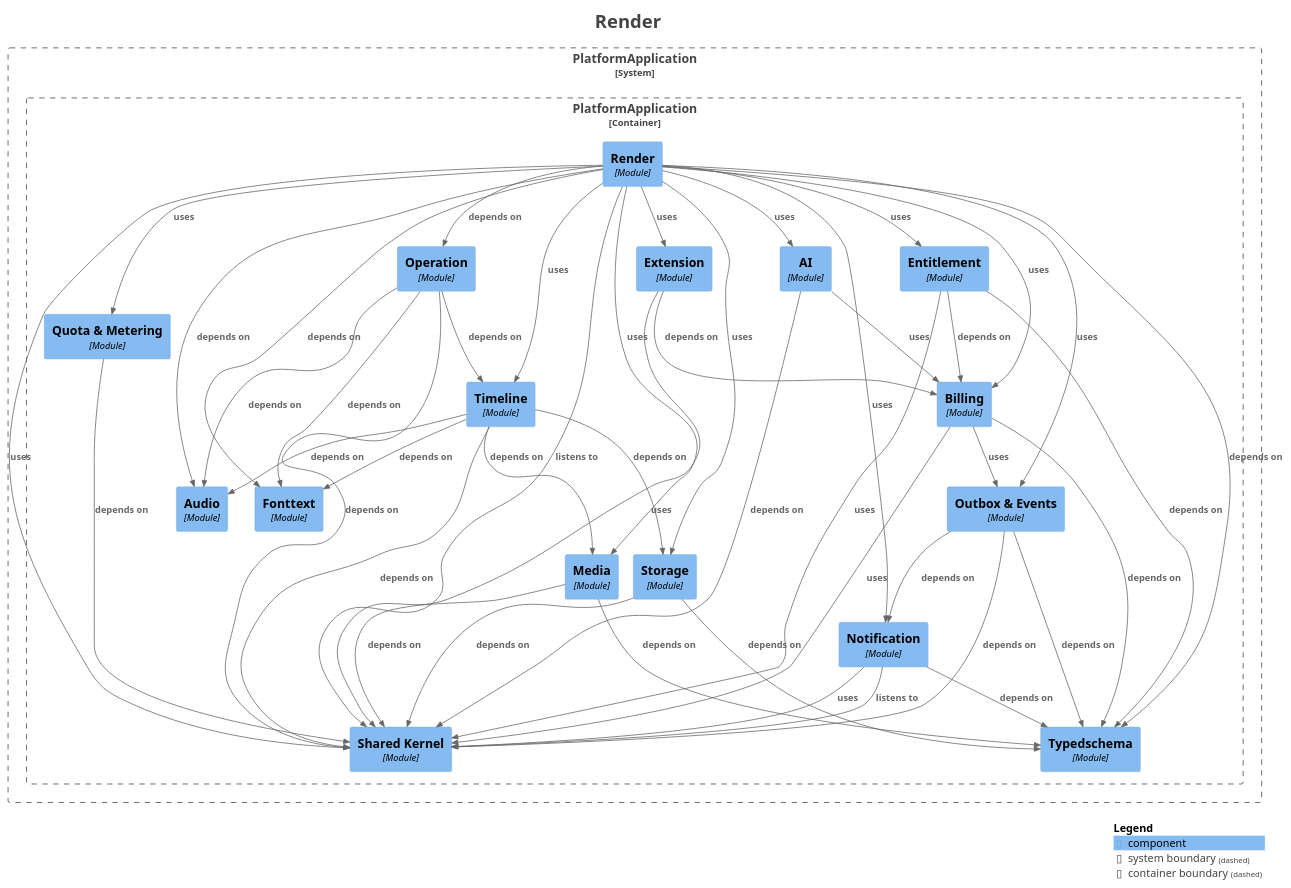
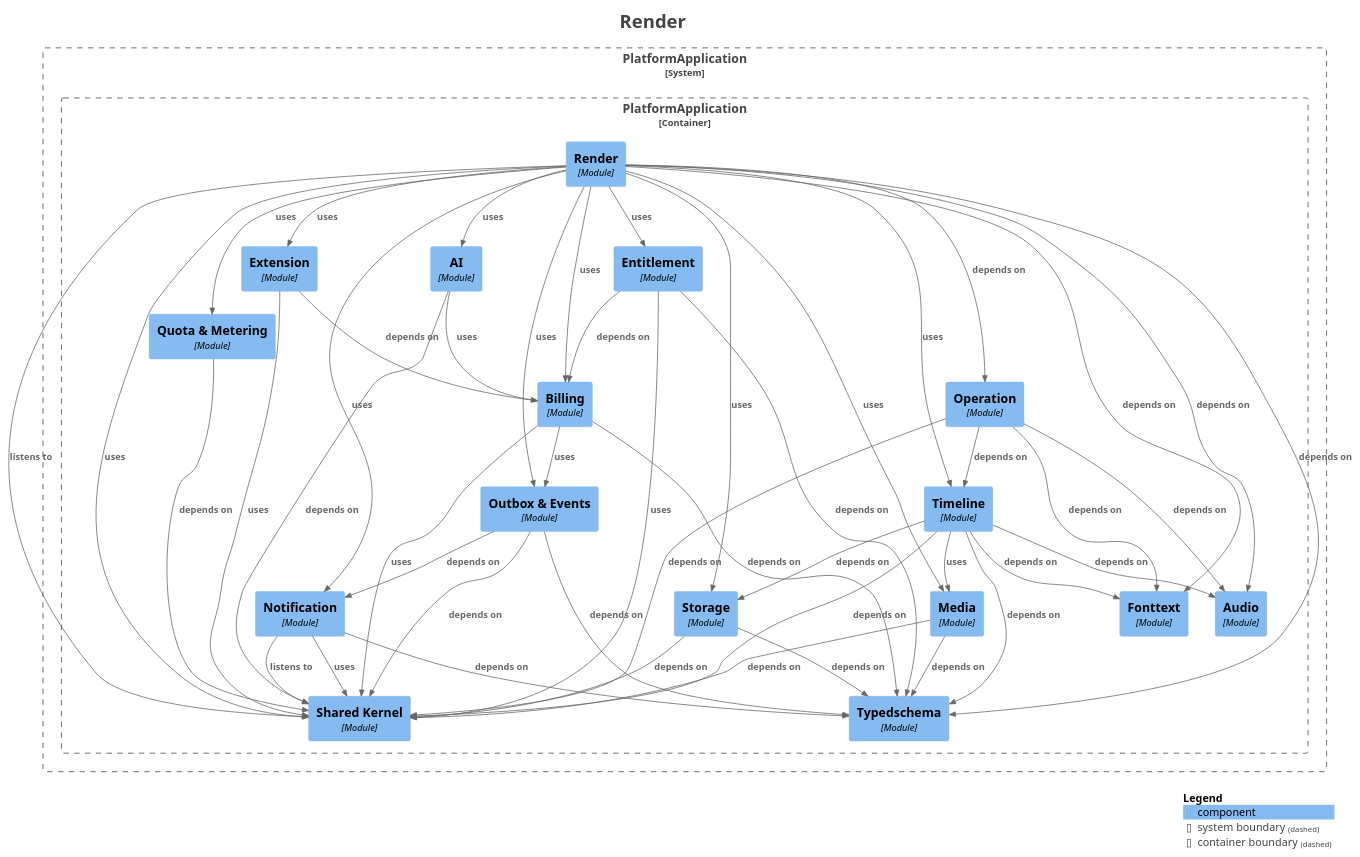
The diagram in platform-app/docs/architecture/maps/generated/modulith/module-render.puml (shangxq007/media-platform), drawn with PlantUML before and after one commit. The commit also changed 7 other files, not shown here.

First line of the commit message:
fix(gcr1-correction): composition root — scan timeline/operation packages

```diff
--- a/platform-app/docs/architecture/maps/generated/modulith/module-render.puml
+++ b/platform-app/docs/architecture/maps/generated/modulith/module-render.puml
@@ -1,89 +1,90 @@
 @startuml
 title <size:24>Render</size>
 
 set separator none
 top to bottom direction
 
 <style>
   root {
     BackgroundColor: #ffffff
     FontColor: #444444
   }
 </style>
 
 !include <C4/C4>
 !include <C4/C4_Context>
 !include <C4/C4_Component>
 
 System_Boundary("PlatformApplication_boundary", "PlatformApplication", $tags="") {
   Container_Boundary("PlatformApplication.PlatformApplication_boundary", "PlatformApplication", $tags="") {
     Component(PlatformApplication.PlatformApplication.Entitlement, "Entitlement", $techn="Module", $descr="", $tags="", $link="")
     Component(PlatformApplication.PlatformApplication.Extension, "Extension", $techn="Module", $descr="", $tags="", $link="")
     Component(PlatformApplication.PlatformApplication.Fonttext, "Fonttext", $techn="Module", $descr="", $tags="", $link="")
     Component(PlatformApplication.PlatformApplication.Media, "Media", $techn="Module", $descr="", $tags="", $link="")
     Component(PlatformApplication.PlatformApplication.Notification, "Notification", $techn="Module", $descr="", $tags="", $link="")
     Component(PlatformApplication.PlatformApplication.AI, "AI", $techn="Module", $descr="", $tags="", $link="")
     Component(PlatformApplication.PlatformApplication.Operation, "Operation", $techn="Module", $descr="", $tags="", $link="")
     Component(PlatformApplication.PlatformApplication.OutboxEvents, "Outbox & Events", $techn="Module", $descr="", $tags="", $link="")
     Component(PlatformApplication.PlatformApplication.QuotaMetering, "Quota & Metering", $techn="Module", $descr="", $tags="", $link="")
     Component(PlatformApplication.PlatformApplication.Render, "Render", $techn="Module", $descr="", $tags="", $link="")
     Component(PlatformApplication.PlatformApplication.SharedKernel, "Shared Kernel", $techn="Module", $descr="", $tags="", $link="")
     Component(PlatformApplication.PlatformApplication.Storage, "Storage", $techn="Module", $descr="", $tags="", $link="")
     Component(PlatformApplication.PlatformApplication.Timeline, "Timeline", $techn="Module", $descr="", $tags="", $link="")
     Component(PlatformApplication.PlatformApplication.Typedschema, "Typedschema", $techn="Module", $descr="", $tags="", $link="")
     Component(PlatformApplication.PlatformApplication.Audio, "Audio", $techn="Module", $descr="", $tags="", $link="")
     Component(PlatformApplication.PlatformApplication.Billing, "Billing", $techn="Module", $descr="", $tags="", $link="")
   }
 
 }
 
 Rel(PlatformApplication.PlatformApplication.AI, PlatformApplication.PlatformApplication.Billing, "uses", $techn="", $tags="", $link="")
 Rel(PlatformApplication.PlatformApplication.AI, PlatformApplication.PlatformApplication.SharedKernel, "depends on", $techn="", $tags="", $link="")
 Rel(PlatformApplication.PlatformApplication.Billing, PlatformApplication.PlatformApplication.OutboxEvents, "uses", $techn="", $tags="", $link="")
 Rel(PlatformApplication.PlatformApplication.Billing, PlatformApplication.PlatformApplication.SharedKernel, "uses", $techn="", $tags="", $link="")
 Rel(PlatformApplication.PlatformApplication.Billing, PlatformApplication.PlatformApplication.Typedschema, "depends on", $techn="", $tags="", $link="")
 Rel(PlatformApplication.PlatformApplication.Entitlement, PlatformApplication.PlatformApplication.Billing, "depends on", $techn="", $tags="", $link="")
 Rel(PlatformApplication.PlatformApplication.Entitlement, PlatformApplication.PlatformApplication.SharedKernel, "uses", $techn="", $tags="", $link="")
 Rel(PlatformApplication.PlatformApplication.Entitlement, PlatformApplication.PlatformApplication.Typedschema, "depends on", $techn="", $tags="", $link="")
 Rel(PlatformApplication.PlatformApplication.Extension, PlatformApplication.PlatformApplication.Billing, "depends on", $techn="", $tags="", $link="")
 Rel(PlatformApplication.PlatformApplication.Extension, PlatformApplication.PlatformApplication.SharedKernel, "uses", $techn="", $tags="", $link="")
 Rel(PlatformApplication.PlatformApplication.Media, PlatformApplication.PlatformApplication.SharedKernel, "depends on", $techn="", $tags="", $link="")
 Rel(PlatformApplication.PlatformApplication.Media, PlatformApplication.PlatformApplication.Typedschema, "depends on", $techn="", $tags="", $link="")
 Rel(PlatformApplication.PlatformApplication.Notification, PlatformApplication.PlatformApplication.SharedKernel, "listens to", $techn="", $tags="", $link="")
 Rel(PlatformApplication.PlatformApplication.Notification, PlatformApplication.PlatformApplication.SharedKernel, "uses", $techn="", $tags="", $link="")
 Rel(PlatformApplication.PlatformApplication.Notification, PlatformApplication.PlatformApplication.Typedschema, "depends on", $techn="", $tags="", $link="")
 Rel(PlatformApplication.PlatformApplication.Operation, PlatformApplication.PlatformApplication.Audio, "depends on", $techn="", $tags="", $link="")
 Rel(PlatformApplication.PlatformApplication.Operation, PlatformApplication.PlatformApplication.Fonttext, "depends on", $techn="", $tags="", $link="")
 Rel(PlatformApplication.PlatformApplication.Operation, PlatformApplication.PlatformApplication.SharedKernel, "depends on", $techn="", $tags="", $link="")
 Rel(PlatformApplication.PlatformApplication.Operation, PlatformApplication.PlatformApplication.Timeline, "depends on", $techn="", $tags="", $link="")
 Rel(PlatformApplication.PlatformApplication.OutboxEvents, PlatformApplication.PlatformApplication.Notification, "depends on", $techn="", $tags="", $link="")
 Rel(PlatformApplication.PlatformApplication.OutboxEvents, PlatformApplication.PlatformApplication.SharedKernel, "depends on", $techn="", $tags="", $link="")
 Rel(PlatformApplication.PlatformApplication.OutboxEvents, PlatformApplication.PlatformApplication.Typedschema, "depends on", $techn="", $tags="", $link="")
 Rel(PlatformApplication.PlatformApplication.QuotaMetering, PlatformApplication.PlatformApplication.SharedKernel, "depends on", $techn="", $tags="", $link="")
 Rel(PlatformApplication.PlatformApplication.Render, PlatformApplication.PlatformApplication.AI, "uses", $techn="", $tags="", $link="")
 Rel(PlatformApplication.PlatformApplication.Render, PlatformApplication.PlatformApplication.Audio, "depends on", $techn="", $tags="", $link="")
 Rel(PlatformApplication.PlatformApplication.Render, PlatformApplication.PlatformApplication.Billing, "uses", $techn="", $tags="", $link="")
 Rel(PlatformApplication.PlatformApplication.Render, PlatformApplication.PlatformApplication.Entitlement, "uses", $techn="", $tags="", $link="")
 Rel(PlatformApplication.PlatformApplication.Render, PlatformApplication.PlatformApplication.Extension, "uses", $techn="", $tags="", $link="")
 Rel(PlatformApplication.PlatformApplication.Render, PlatformApplication.PlatformApplication.Fonttext, "depends on", $techn="", $tags="", $link="")
 Rel(PlatformApplication.PlatformApplication.Render, PlatformApplication.PlatformApplication.Media, "uses", $techn="", $tags="", $link="")
 Rel(PlatformApplication.PlatformApplication.Render, PlatformApplication.PlatformApplication.Notification, "uses", $techn="", $tags="", $link="")
 Rel(PlatformApplication.PlatformApplication.Render, PlatformApplication.PlatformApplication.Operation, "depends on", $techn="", $tags="", $link="")
 Rel(PlatformApplication.PlatformApplication.Render, PlatformApplication.PlatformApplication.OutboxEvents, "uses", $techn="", $tags="", $link="")
 Rel(PlatformApplication.PlatformApplication.Render, PlatformApplication.PlatformApplication.QuotaMetering, "uses", $techn="", $tags="", $link="")
 Rel(PlatformApplication.PlatformApplication.Render, PlatformApplication.PlatformApplication.SharedKernel, "listens to", $techn="", $tags="", $link="")
 Rel(PlatformApplication.PlatformApplication.Render, PlatformApplication.PlatformApplication.SharedKernel, "uses", $techn="", $tags="", $link="")
 Rel(PlatformApplication.PlatformApplication.Render, PlatformApplication.PlatformApplication.Storage, "uses", $techn="", $tags="", $link="")
 Rel(PlatformApplication.PlatformApplication.Render, PlatformApplication.PlatformApplication.Timeline, "uses", $techn="", $tags="", $link="")
 Rel(PlatformApplication.PlatformApplication.Render, PlatformApplication.PlatformApplication.Typedschema, "depends on", $techn="", $tags="", $link="")
 Rel(PlatformApplication.PlatformApplication.Storage, PlatformApplication.PlatformApplication.SharedKernel, "depends on", $techn="", $tags="", $link="")
 Rel(PlatformApplication.PlatformApplication.Storage, PlatformApplication.PlatformApplication.Typedschema, "depends on", $techn="", $tags="", $link="")
 Rel(PlatformApplication.PlatformApplication.Timeline, PlatformApplication.PlatformApplication.Audio, "depends on", $techn="", $tags="", $link="")
 Rel(PlatformApplication.PlatformApplication.Timeline, PlatformApplication.PlatformApplication.Fonttext, "depends on", $techn="", $tags="", $link="")
-Rel(PlatformApplication.PlatformApplication.Timeline, PlatformApplication.PlatformApplication.Media, "depends on", $techn="", $tags="", $link="")
+Rel(PlatformApplication.PlatformApplication.Timeline, PlatformApplication.PlatformApplication.Media, "uses", $techn="", $tags="", $link="")
 Rel(PlatformApplication.PlatformApplication.Timeline, PlatformApplication.PlatformApplication.SharedKernel, "depends on", $techn="", $tags="", $link="")
 Rel(PlatformApplication.PlatformApplication.Timeline, PlatformApplication.PlatformApplication.Storage, "depends on", $techn="", $tags="", $link="")
+Rel(PlatformApplication.PlatformApplication.Timeline, PlatformApplication.PlatformApplication.Typedschema, "depends on", $techn="", $tags="", $link="")
 
 SHOW_LEGEND(true)
 hide stereotypes
 @enduml
```
